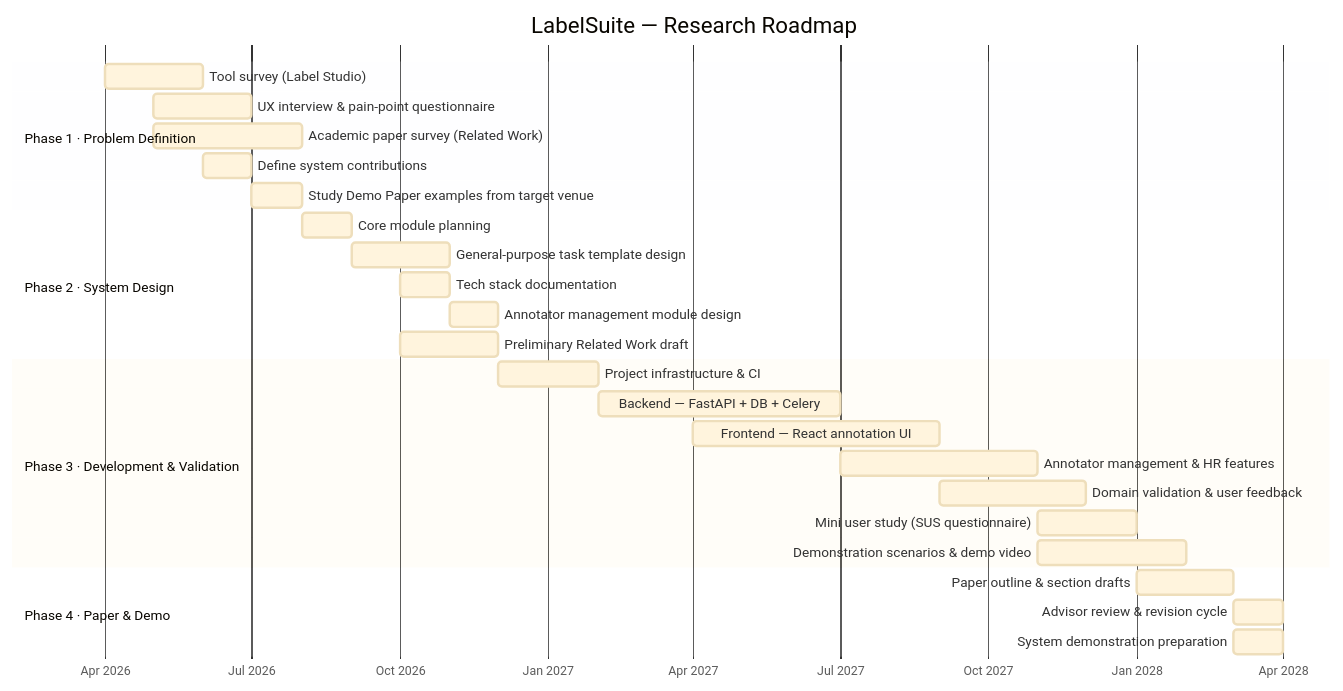
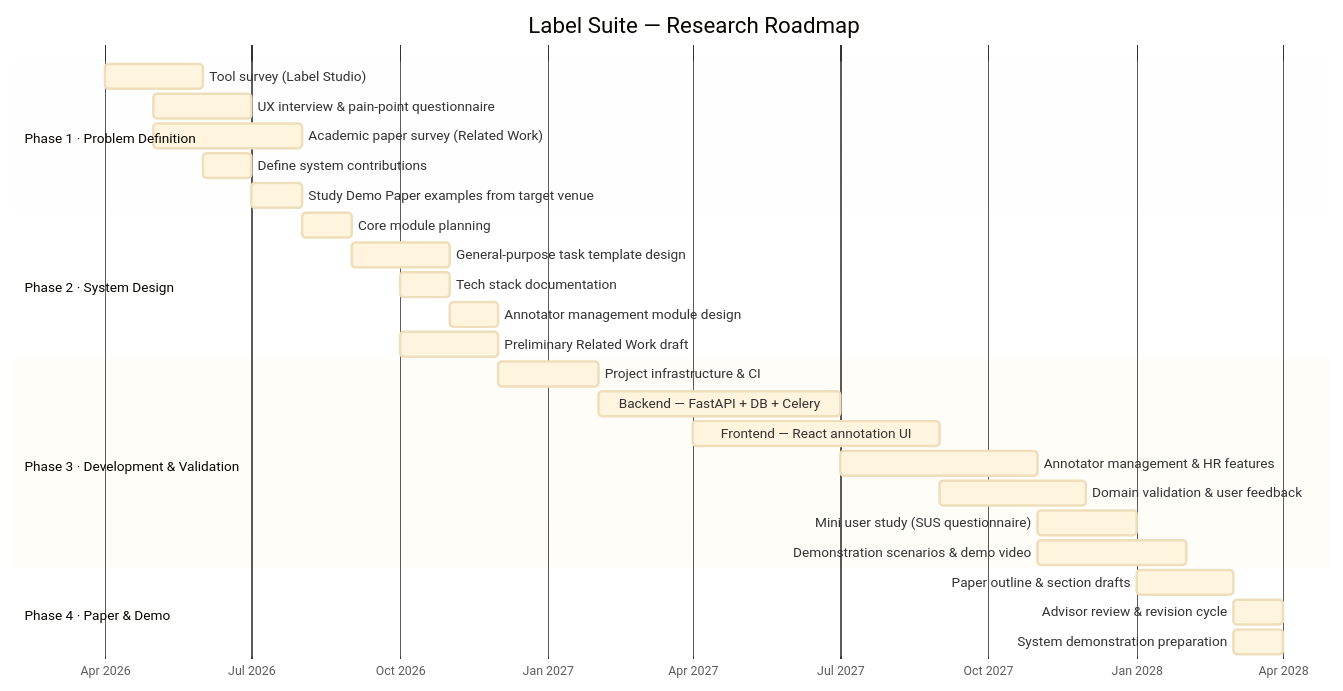
The diagram in README.md (singyichen/label-suite), drawn with Mermaid before and after one commit. The commit also changed other lines of this file and 17 other files, not shown here.

First line of the commit message:
docs: update logo to social-preview and normalize product name to Label Suite

````diff
--- a/README.md
+++ b/README.md
@@ -104,46 +104,46 @@
 ```mermaid
 %%{init: {
   "theme": "base",
   "themeVariables": {
     "cScale0": "#3B82F6",
     "cScale1": "#8B5CF6",
     "cScale2": "#10B981",
     "cScale3": "#F59E0B",
     "gridColor": "#E5E7EB",
     "todayLineColor": "#EF4444",
     "fontSize": "14px"
   }
 }}%%
 gantt
-    title LabelSuite — Research Roadmap
+    title Label Suite — Research Roadmap
     dateFormat  YYYY-MM-DD
     axisFormat  %b %Y
 
     section Phase 1 · Problem Definition
     Tool survey (Label Studio)                    :p1a, 2026-04-01, 2026-06-01
     UX interview & pain-point questionnaire       :p1d, 2026-05-01, 2026-07-01
     Academic paper survey (Related Work)          :p1e, 2026-05-01, 2026-08-01
     Define system contributions                   :p1b, 2026-06-01, 2026-07-01
     Study Demo Paper examples from target venue   :p1c, 2026-07-01, 2026-08-01
 
     section Phase 2 · System Design
     Core module planning                          :p2a, 2026-08-01, 2026-09-01
     General-purpose task template design          :p2b, 2026-09-01, 2026-11-01
     Tech stack documentation                      :p2c, 2026-10-01, 2026-11-01
     Annotator management module design            :p2d, 2026-11-01, 2026-12-01
     Preliminary Related Work draft                :p2e, 2026-10-01, 2026-12-01
 
     section Phase 3 · Development & Validation
     Project infrastructure & CI                   :p3a, 2026-12-01, 2027-02-01
     Backend — FastAPI + DB + Celery               :p3b, 2027-02-01, 2027-07-01
     Frontend — React annotation UI                :p3c, 2027-04-01, 2027-09-01
     Annotator management & HR features            :p3d, 2027-07-01, 2027-11-01
     Domain validation & user feedback             :p3e, 2027-09-01, 2027-12-01
     Mini user study (SUS questionnaire)           :p3g, 2027-11-01, 2028-01-01
     Demonstration scenarios & demo video          :p3h, 2027-11-01, 2028-02-01
 
     section Phase 4 · Paper & Demo
     Paper outline & section drafts                :p4a, 2028-01-01, 2028-03-01
     Advisor review & revision cycle               :p4b, 2028-03-01, 2028-04-01
     System demonstration preparation              :p4c, 2028-03-01, 2028-04-01
 ```
````
